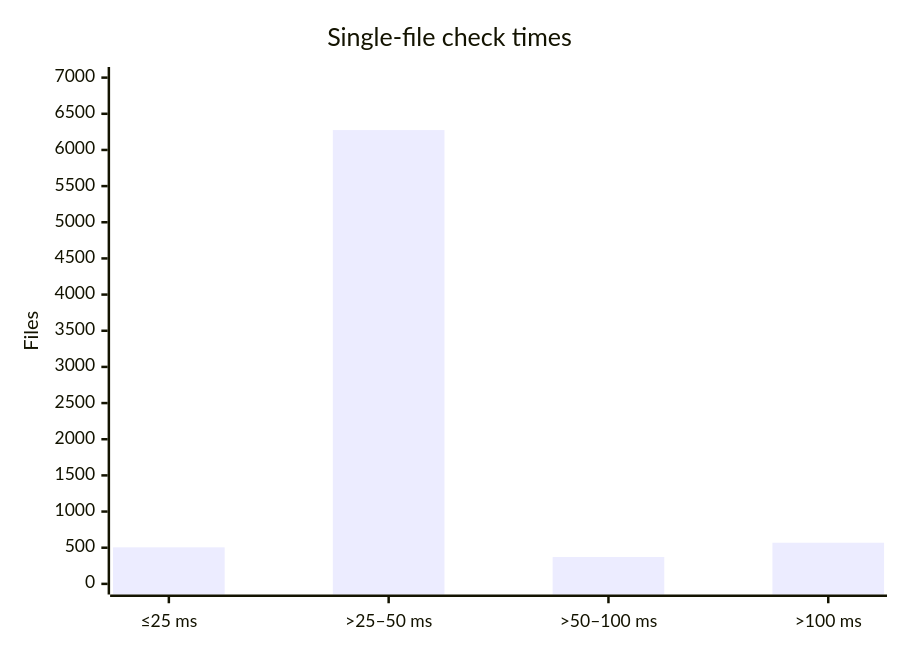
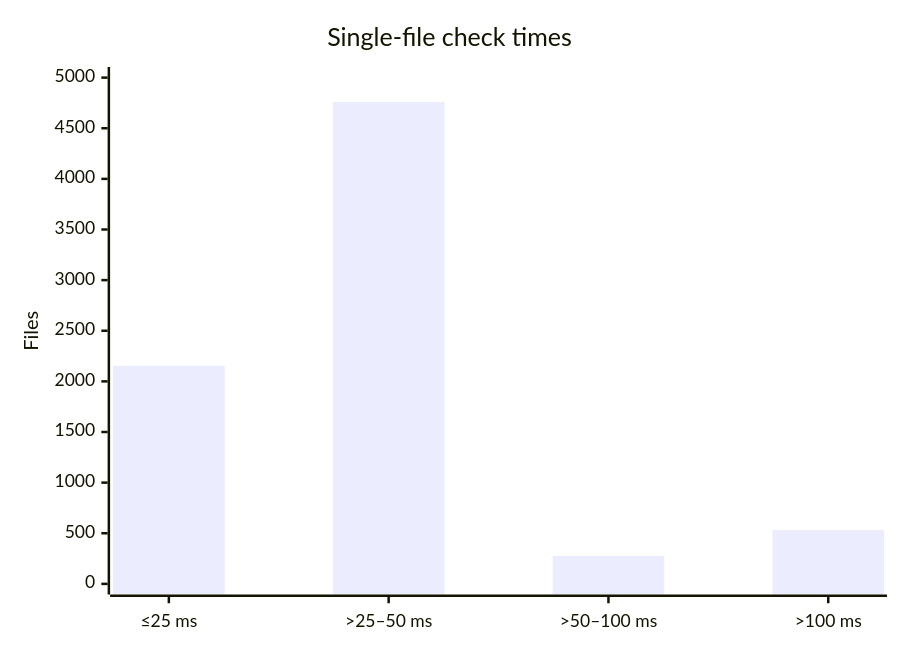
Before and after one commit to PrimeX-06/tift: the diagram in README.md, drawn with Mermaid. The commit also changed other lines of this file, not shown here.

````diff
--- a/README.md
+++ b/README.md
@@ -55,7 +46,7 @@
 ```mermaid
 xychart-beta
     title "Single-file check times"
     x-axis ["≤25 ms", ">25–50 ms", ">50–100 ms", ">100 ms"]
-    y-axis "Files" 0 --> 7000
-    bar [505, 6275, 371, 569]
+    y-axis "Files" 0 --> 5000
+    bar [2154, 4760, 275, 531]
 ```
````
